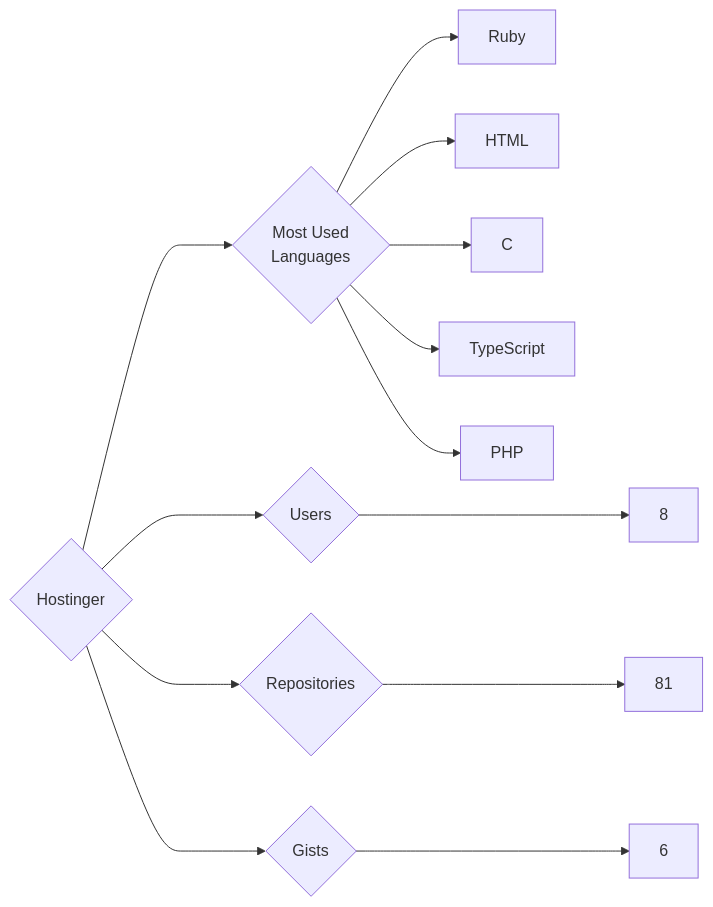
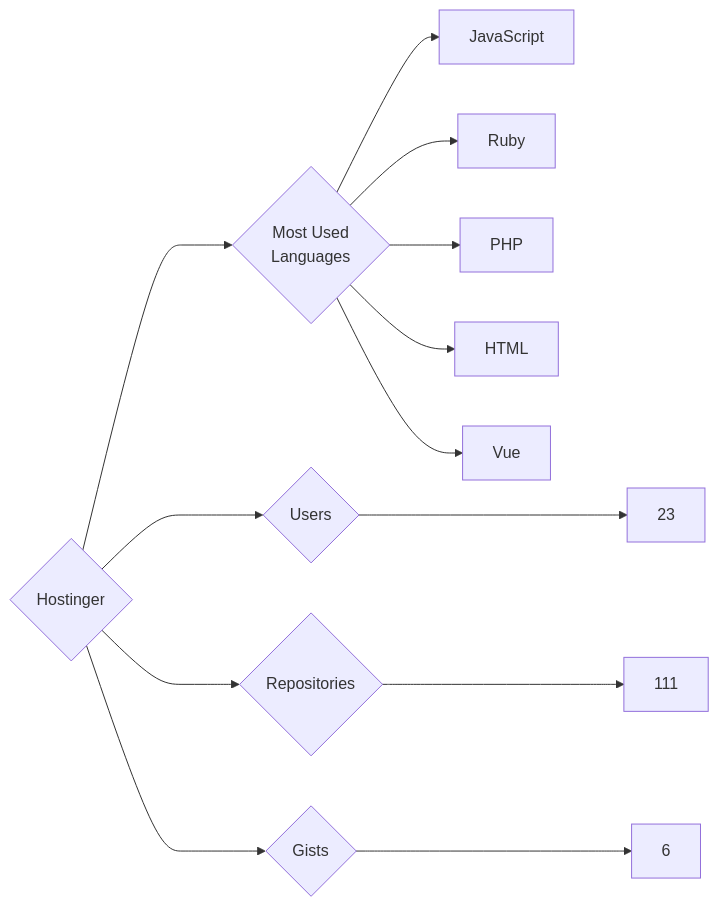
Before and after one commit to trickest/insiders: the diagram in targets/Hostinger/README.md, drawn with Mermaid. The commit also changed 681 other files, not shown here.

````diff
--- a/targets/Hostinger/README.md
+++ b/targets/Hostinger/README.md
@@ -3,13 +3,13 @@
 ```mermaid
 graph LR
 COMPANY_NAME{Hostinger}
-COMPANY_NAME ---> U{Users} ---> UN[8]
-COMPANY_NAME ---> R{Repositories} ---> RN[81]
+COMPANY_NAME ---> U{Users} ---> UN[23]
+COMPANY_NAME ---> R{Repositories} ---> RN[111]
 COMPANY_NAME ---> G{Gists} ---> GN[6]
 COMPANY_NAME ---> ML{Most Used<br>Languages}
+ML --> JavaScript[JavaScript]
 ML --> Ruby[Ruby]
+ML --> PHP[PHP]
 ML --> HTML[HTML]
-ML --> C[C]
-ML --> TypeScript[TypeScript]
-ML --> PHP[PHP]
+ML --> Vue[Vue]
 ```
````
